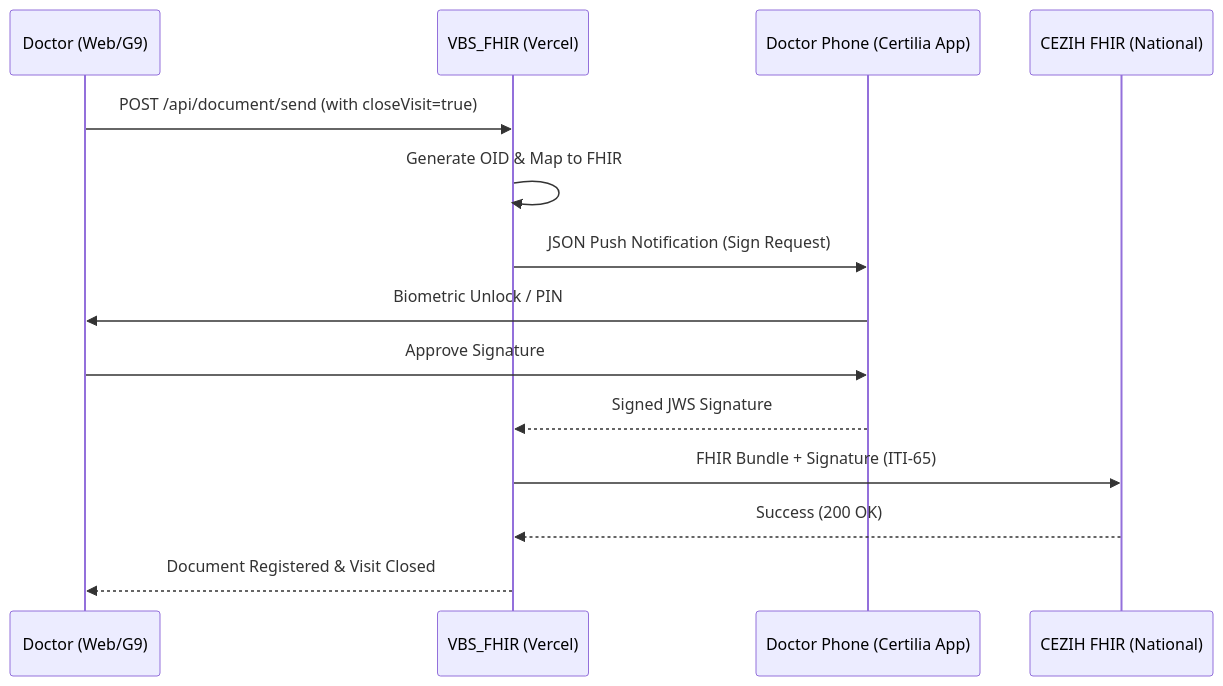
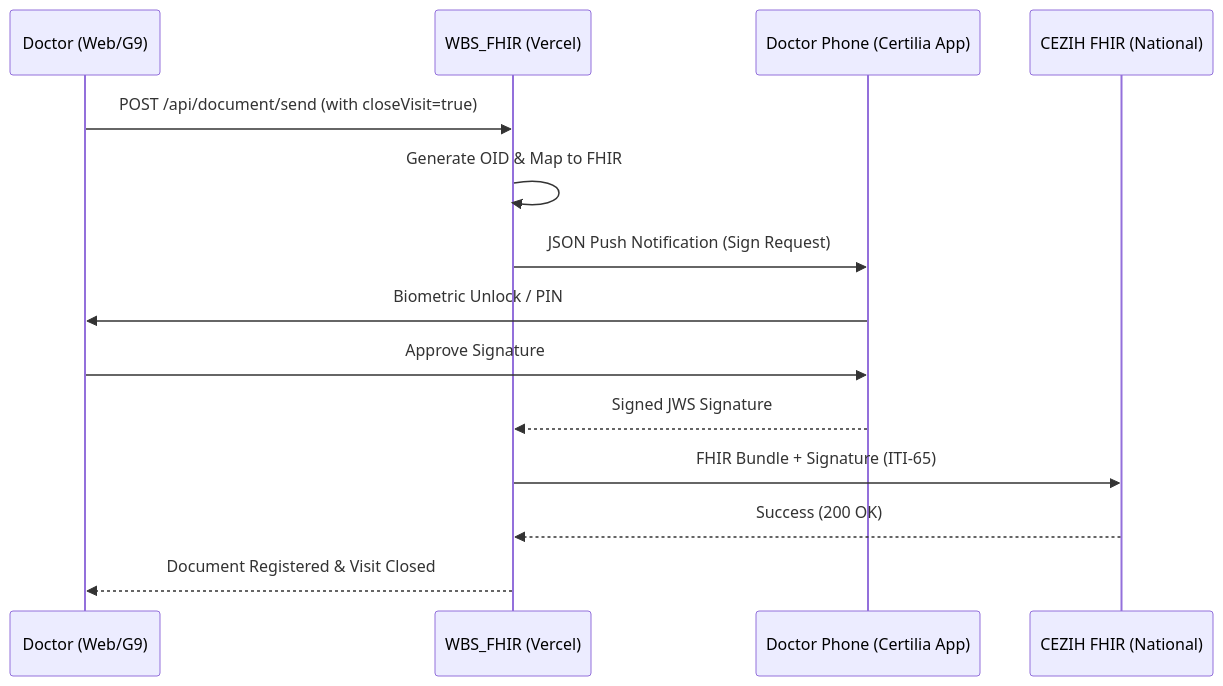
The first of 2 diagrams in docs/arhitecture.md (prpicivan/cezih_fhir), drawn with Mermaid before and after one commit. The commit also changed other lines of this file and 25 other files, not shown here.

````diff
--- a/docs/arhitecture.md
+++ b/docs/arhitecture.md
@@ -169,17 +173,17 @@
 ```mermaid
 sequenceDiagram
     participant Doc as Doctor (Web/G9)
-    participant Vercel as VBS_FHIR (Vercel)
+    participant Vercel as WBS_FHIR (Vercel)
     participant Mobile as Doctor Phone (Certilia App)
     participant CEZIH as CEZIH FHIR (National)
 
     Doc->>Vercel: POST /api/document/send (with closeVisit=true)
     Vercel->>Vercel: Generate OID & Map to FHIR
     Vercel->>Mobile: JSON Push Notification (Sign Request)
     Mobile->>Doc: Biometric Unlock / PIN
     Doc->>Mobile: Approve Signature
     Mobile-->>Vercel: Signed JWS Signature
     Vercel->>CEZIH: FHIR Bundle + Signature (ITI-65)
     CEZIH-->>Vercel: Success (200 OK)
     Vercel-->>Doc: Document Registered & Visit Closed
 ```
````
